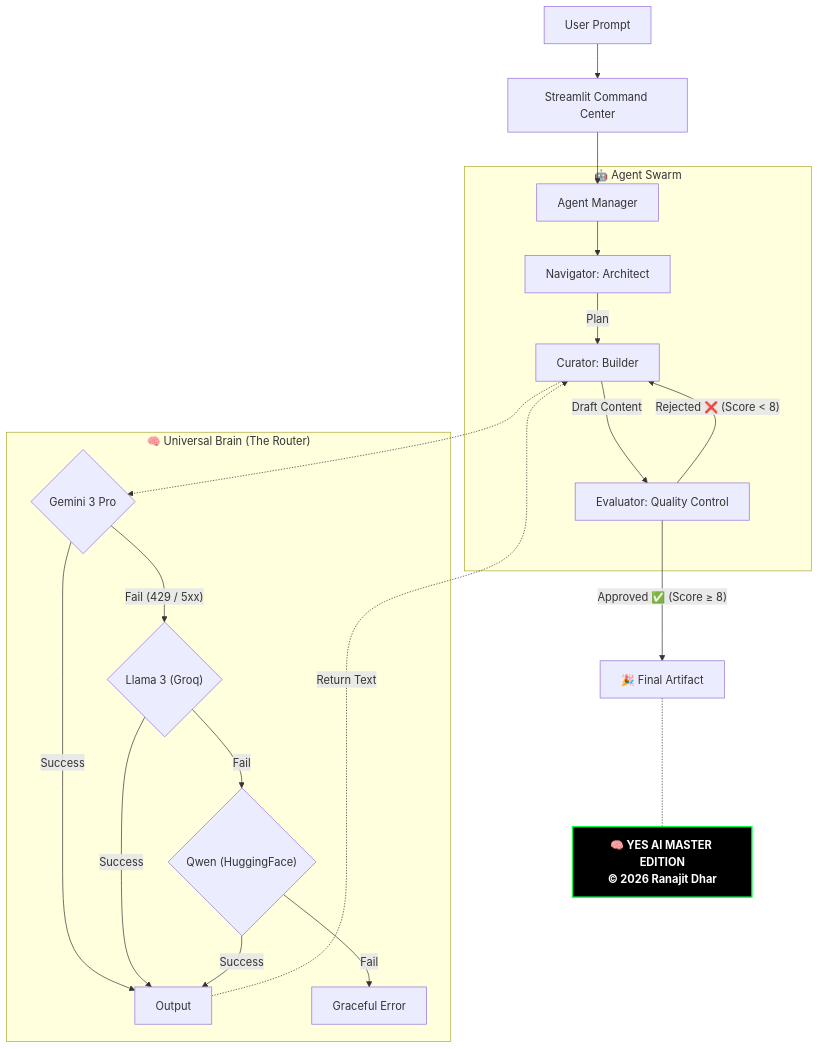
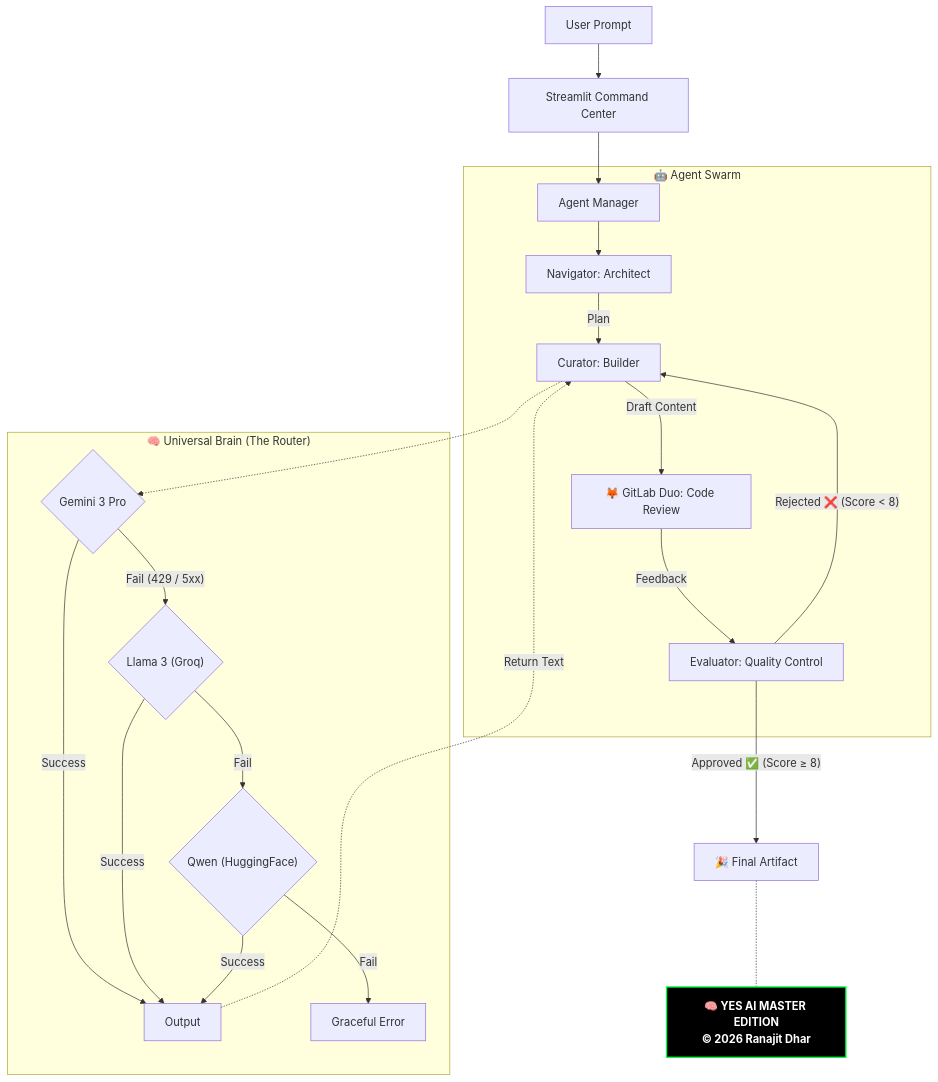
One commit to ranajitdharpersonal/yes-ai-gitlab-edition changed the first of 2 diagrams in README.md. Above: the diagram before and after it, drawn with Mermaid. The commit also changed other lines of this file, not shown here.

Commit message:
Docs: Updated README with complete GitLab Duo Architecture & Hackathon details

````diff
--- a/README.md
+++ b/README.md
@@ -89,30 +94,31 @@
 ```mermaid
 graph TD
     User[User Prompt] --> UI[Streamlit Command Center]
     UI --> AM[Agent Manager]
     
     subgraph "🤖 Agent Swarm"
         AM --> Nav["Navigator: Architect"]
         Nav -->|Plan| Cur["Curator: Builder"]
-        Cur -->|Draft Content| Eval["Evaluator: Quality Control"]
+        Cur -->|Draft Content| Duo["🦊 GitLab Duo: Code Review"]
+        Duo -->|Feedback| Eval["Evaluator: Quality Control"]
     end
     
     subgraph "🧠 Universal Brain (The Router)"
         Cur -.-> G{"Gemini 3 Pro"}
         G -- Success --> Out[Output]
         G -- "Fail (429 / 5xx)" --> L{"Llama 3 (Groq)"}
         L -- Success --> Out
         L -- Fail --> H{"Qwen (HuggingFace)"}
         H -- Success --> Out
         H -- Fail --> Err[Graceful Error]
         Out -.->|Return Text| Cur
     end
     
     Eval -- "Rejected ❌ (Score < 8)" --> Cur
     Eval -- "Approved ✅ (Score ≥ 8)" --> Final[🎉 Final Artifact]
     %% 👇 BRANDING ADDED HERE 👇
     Final -.- Brand["🧠 YES AI MASTER EDITION<br/>© 2026 Ranajit Dhar"]
     
     %% Styling for Branding
     style Brand fill:#000,stroke:#00ff41,stroke-width:2px,color:#fff,font-weight:bold
 ```
````
